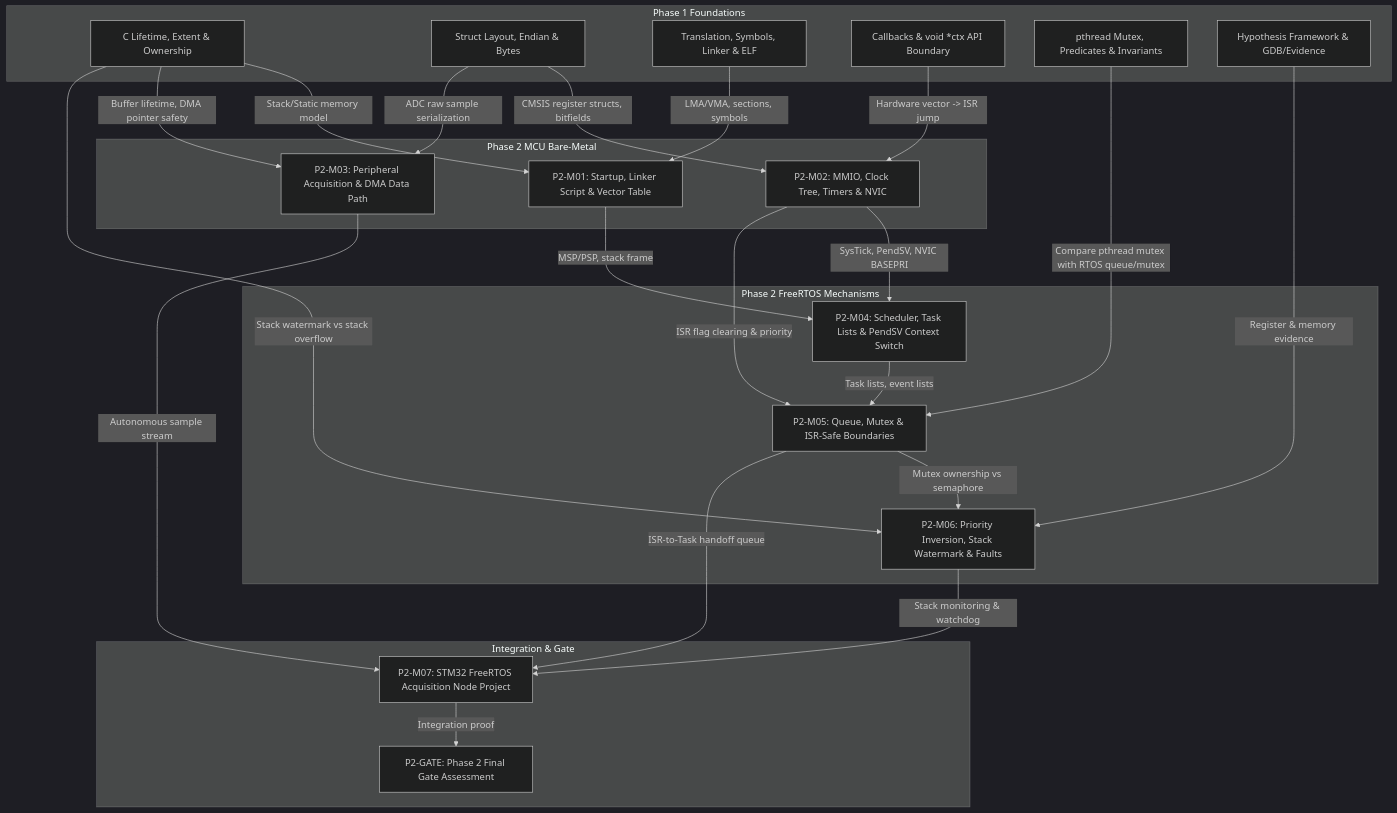
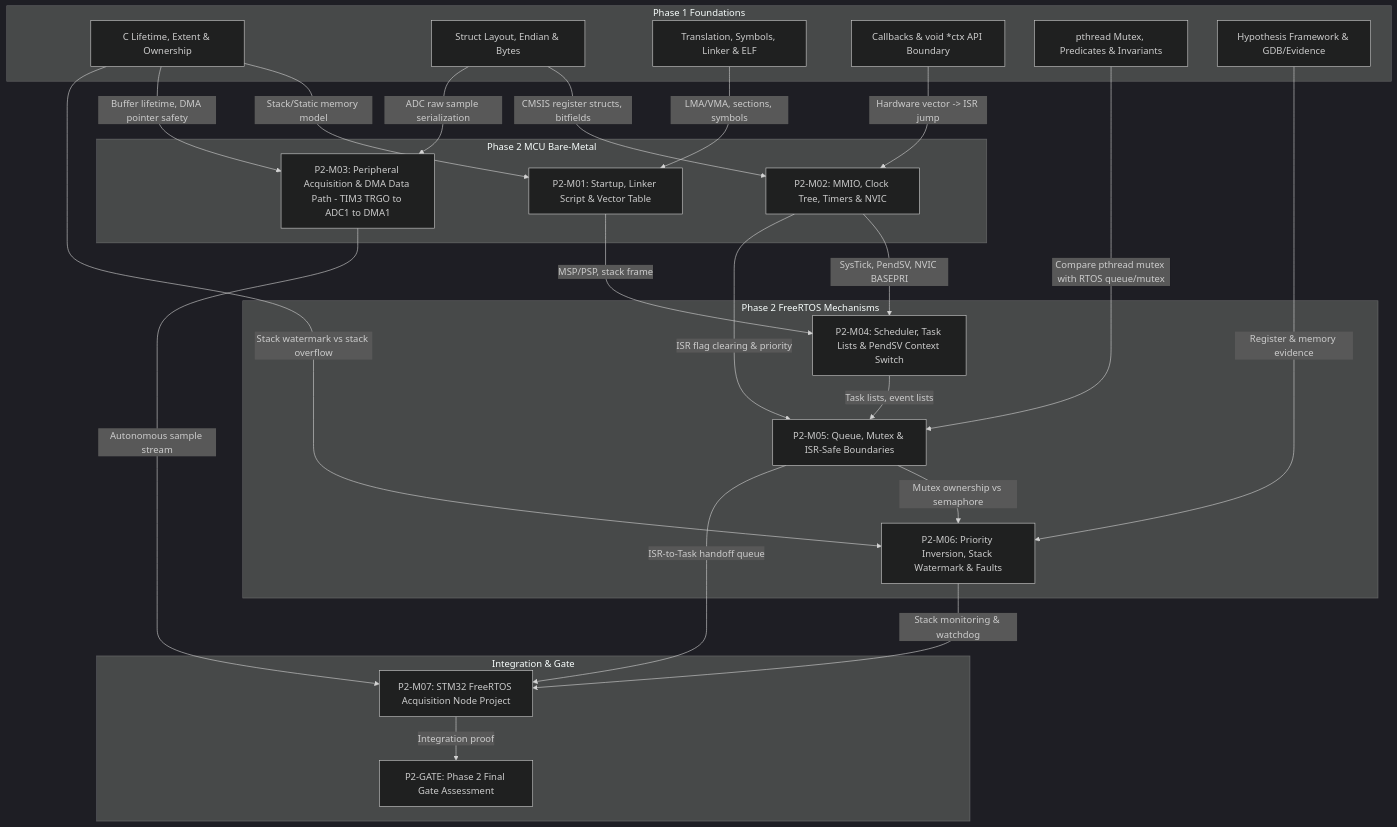
The first of 5 diagrams in research/phase-2/2026-09-03-stm32-freertos-curriculum-design.md (CN-JJB/embed-system), drawn with Mermaid (dark theme) before and after one commit. The commit also changed other lines of this file and 1 other file, not shown here.

Commit message:
review: resolve Leader Rework #1 S3 hardware path and S2 blockers

````diff
--- a/research/phase-2/2026-09-03-stm32-freertos-curriculum-design.md
+++ b/research/phase-2/2026-09-03-stm32-freertos-curriculum-design.md
@@ -55,50 +56,50 @@
 ```mermaid
 graph TD
     subgraph Phase 1 Foundations
         P1_MEM[C Lifetime, Extent & Ownership]
         P1_LAYOUT[Struct Layout, Endian & Bytes]
         P1_ELF[Translation, Symbols, Linker & ELF]
         P1_CTX[Callbacks & void *ctx API Boundary]
         P1_CONC[pthread Mutex, Predicates & Invariants]
         P1_DEBUG[Hypothesis Framework & GDB/Evidence]
     end
 
     subgraph Phase 2 MCU Bare-Metal
         P2_BOOT[P2-M01: Startup, Linker Script & Vector Table]
         P2_MMIO[P2-M02: MMIO, Clock Tree, Timers & NVIC]
-        P2_DMA[P2-M03: Peripheral Acquisition & DMA Data Path]
+        P2_DMA[P2-M03: Peripheral Acquisition & DMA Data Path - TIM3 TRGO to ADC1 to DMA1]
     end
 
     subgraph Phase 2 FreeRTOS Mechanisms
         P2_SCHED[P2-M04: Scheduler, Task Lists & PendSV Context Switch]
         P2_SYNC[P2-M05: Queue, Mutex & ISR-Safe Boundaries]
         P2_INV[P2-M06: Priority Inversion, Stack Watermark & Faults]
     end
 
     subgraph Integration & Gate
         P2_PROJ[P2-M07: STM32 FreeRTOS Acquisition Node Project]
         P2_GATE[P2-GATE: Phase 2 Final Gate Assessment]
     end
 
     P1_ELF -->|LMA/VMA, sections, symbols| P2_BOOT
     P1_MEM -->|Stack/Static memory model| P2_BOOT
     P1_LAYOUT -->|CMSIS register structs, bitfields| P2_MMIO
     P1_CTX -->|Hardware vector -> ISR jump| P2_MMIO
     P1_MEM -->|Buffer lifetime, DMA pointer safety| P2_DMA
     P1_LAYOUT -->|ADC raw sample serialization| P2_DMA
 
     P2_BOOT -->|MSP/PSP, stack frame| P2_SCHED
     P2_MMIO -->|SysTick, PendSV, NVIC BASEPRI| P2_SCHED
     P1_CONC -->|Compare pthread mutex with RTOS queue/mutex| P2_SYNC
     P2_MMIO -->|ISR flag clearing & priority| P2_SYNC
     P2_SCHED -->|Task lists, event lists| P2_SYNC
 
     P2_SYNC -->|Mutex ownership vs semaphore| P2_INV
     P1_MEM -->|Stack watermark vs stack overflow| P2_INV
     P1_DEBUG -->|Register & memory evidence| P2_INV
 
     P2_DMA -->|Autonomous sample stream| P2_PROJ
     P2_SYNC -->|ISR-to-Task handoff queue| P2_PROJ
     P2_INV -->|Stack monitoring & watchdog| P2_PROJ
     P2_PROJ -->|Integration proof| P2_GATE
 ```
````
